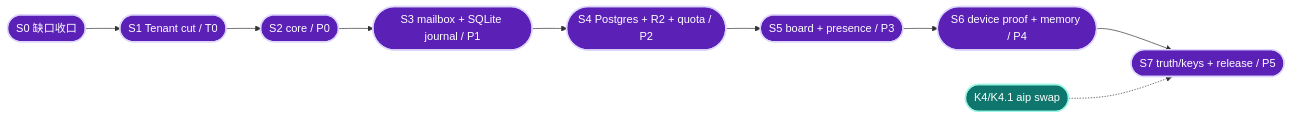
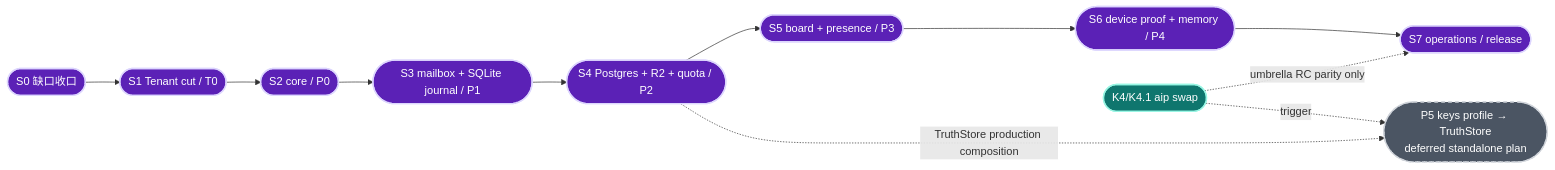
Before and after one commit to Ancienttwo/byok-sdk: diagram 23 of 23 in docs/architecture/sdk-architecture.md, drawn with Mermaid. The commit also changed other lines of this file and 3 other files, not shown here.

````diff
--- a/docs/architecture/sdk-architecture.md
+++ b/docs/architecture/sdk-architecture.md
@@ -1493,18 +1509,22 @@
 ```mermaid
 flowchart LR
   classDef stage fill:#5b21b6,stroke:#ddd6fe,stroke-width:2px,color:#fff
   classDef parallel fill:#0f766e,stroke:#99f6e4,stroke-width:2px,color:#fff
+  classDef deferred fill:#4b5563,stroke:#d1d5db,stroke-width:2px,color:#fff,stroke-dasharray:5 5
 
   S0(["S0 缺口收口"]):::stage
   S1(["S1 Tenant cut / T0"]):::stage
   S2(["S2 core / P0"]):::stage
   S3(["S3 mailbox + SQLite journal / P1"]):::stage
   S4(["S4 Postgres + R2 + quota / P2"]):::stage
   S5(["S5 board + presence / P3"]):::stage
   S6(["S6 device proof + memory / P4"]):::stage
-  S7(["S7 truth/keys + release / P5"]):::stage
+  S7(["S7 operations / release"]):::stage
   K4(["K4/K4.1 aip swap"]):::parallel
+  P5(["P5 keys profile → TruthStore<br/>deferred standalone plan"]):::deferred
 
   S0 --> S1 --> S2 --> S3 --> S4 --> S5 --> S6 --> S7
-  K4 -.-> S7
+  K4 -.->|"umbrella RC parity only"| S7
+  K4 -.->|"trigger"| P5
+  S4 -.->|"TruthStore production composition"| P5
 ```
````
